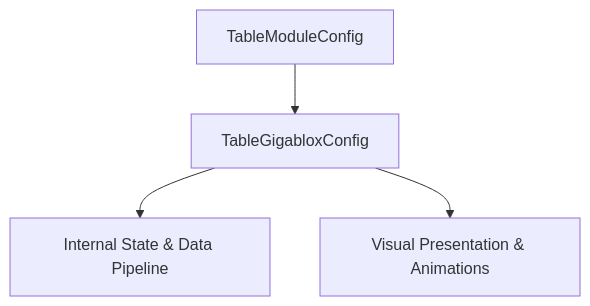
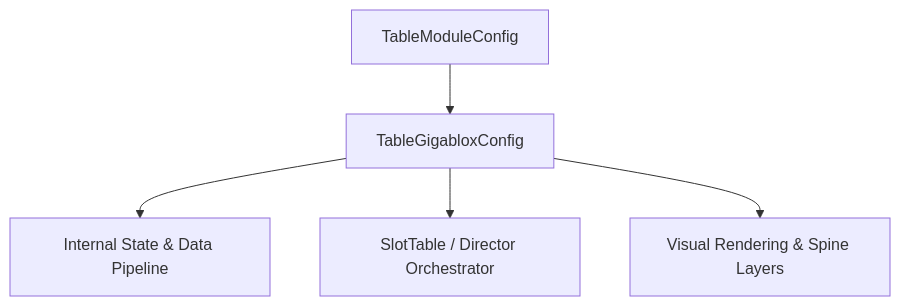
Before and after one commit to lam-ark/mcp-fwcc: the diagram in docs/cc_slot_mechanics/modules/TableGigabloxConfig/01_overview/01_architecture_and_role.md, drawn with Mermaid. The commit also changed other lines of this file and 2509 other files, not shown here.

````diff
--- a/docs/cc_slot_mechanics/modules/TableGigabloxConfig/01_overview/01_architecture_and_role.md
+++ b/docs/cc_slot_mechanics/modules/TableGigabloxConfig/01_overview/01_architecture_and_role.md
@@ -18,6 +24,7 @@
 ```mermaid
 graph TD
-    Parent[TableModuleConfig] --> Mod[TableGigabloxConfig]
-    Mod --> State[Internal State & Data Pipeline]
-    Mod --> Render[Visual Presentation & Animations]
+    SuperClass[TableModuleConfig] --> TargetClass[TableGigabloxConfig]
+    TargetClass --> DataPipeline[Internal State & Data Pipeline]
+    TargetClass --> Orchestrator[SlotTable / Director Orchestrator]
+    TargetClass --> ViewLayer[Visual Rendering & Spine Layers]
 ```
````
